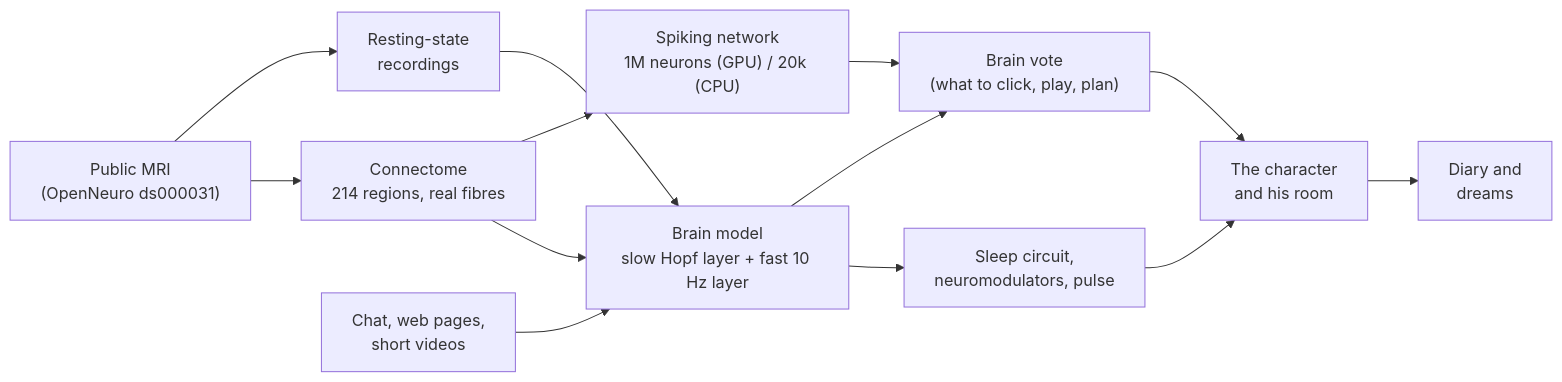
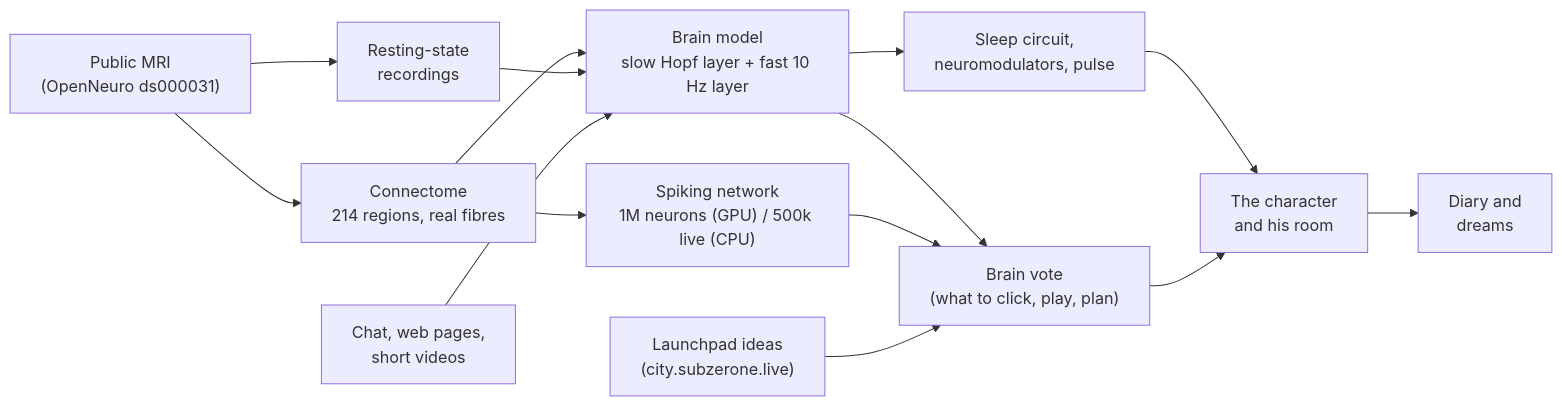
Before and after one commit to nocontentinhere4-art/sub-01-brain: the diagram in README.md, drawn with Mermaid. The commit also changed other lines of this file and 131 other files, not shown here.

First line of the commit message:
Snapshot of main 2026-10-10 (launchpad evaluation, 500k live net)

````diff
--- a/README.md
+++ b/README.md
@@ -77,15 +84,16 @@
 ```mermaid
 flowchart LR
   A["Public MRI<br/>(OpenNeuro ds000031)"] --> B["Connectome<br/>214 regions, real fibres"]
   A --> C["Resting-state<br/>recordings"]
   B --> D["Brain model<br/>slow Hopf layer + fast 10 Hz layer"]
   C --> D
-  B --> E["Spiking network<br/>1M neurons (GPU) / 20k (CPU)"]
+  B --> E["Spiking network<br/>1M neurons (GPU) / 500k live (CPU)"]
   D --> F["Sleep circuit,<br/>neuromodulators, pulse"]
   D --> G["Brain vote<br/>(what to click, play, plan)"]
   E --> G
   H["Chat, web pages,<br/>short videos"] --> D
+  K["Launchpad ideas<br/>(city.subzerone.live)"] --> G
   F --> I["The character<br/>and his room"]
   G --> I
   I --> J["Diary and<br/>dreams"]
 ```
````
